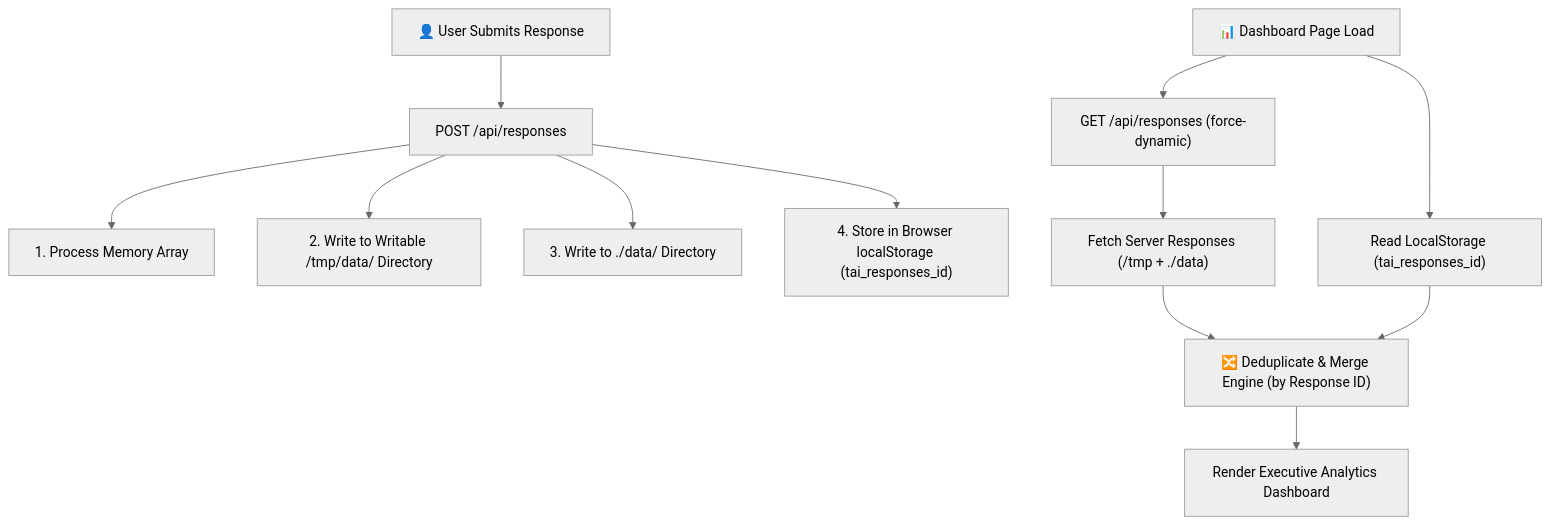
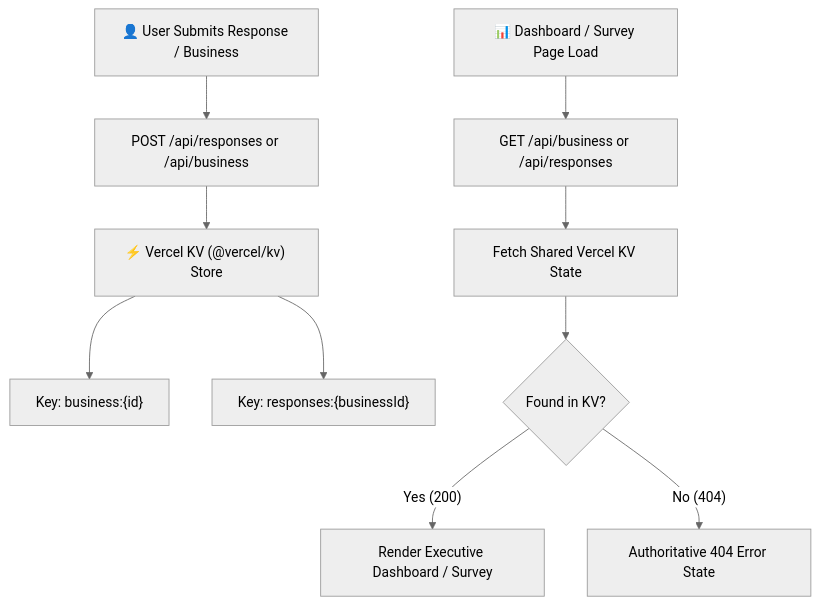
One commit to NTRajapaksha/ai-readiness changed the second of 2 diagrams in README.md. Above: the diagram before and after it, drawn with Mermaid (neutral theme). The commit also changed other lines of this file, not shown here.

````diff
--- a/README.md
+++ b/README.md
@@ -132,16 +134,15 @@
 ```mermaid
 graph TD
-    UserSub["👤 User Submits Response"] --> POST["POST /api/responses"]
+    UserSub["👤 User Submits Response / Business"] --> POST["POST /api/responses or /api/business"]
     
-    POST --> S1["1. Process Memory Array"]
-    POST --> S2["2. Write to Writable /tmp/data/ Directory"]
-    POST --> S3["3. Write to ./data/ Directory"]
-    POST --> S4["4. Store in Browser localStorage (tai_responses_id)"]
+    POST --> KV["⚡ Vercel KV (@vercel/kv) Store"]
+    KV --> Key1["Key: business:{id}"]
+    KV --> Key2["Key: responses:{businessId}"]
     
-    DashLoad["📊 Dashboard Page Load"] --> GET["GET /api/responses (force-dynamic)"]
-    GET --> FetchServer["Fetch Server Responses (/tmp + ./data)"]
-    DashLoad --> ReadLocal["Read LocalStorage (tai_responses_id)"]
+    DashLoad["📊 Dashboard / Survey Page Load"] --> GET["GET /api/business or /api/responses"]
+    GET --> FetchKV["Fetch Shared Vercel KV State"]
     
-    FetchServer & ReadLocal --> Merge["🔀 Deduplicate & Merge Engine (by Response ID)"]
-    Merge --> UI["Render Executive Analytics Dashboard"]
+    FetchKV --> Decision{"Found in KV?"}
+    Decision -- Yes (200) --> UI["Render Executive Dashboard / Survey"]
+    Decision -- No (404) --> Err["Authoritative 404 Error State"]
 ```
````
